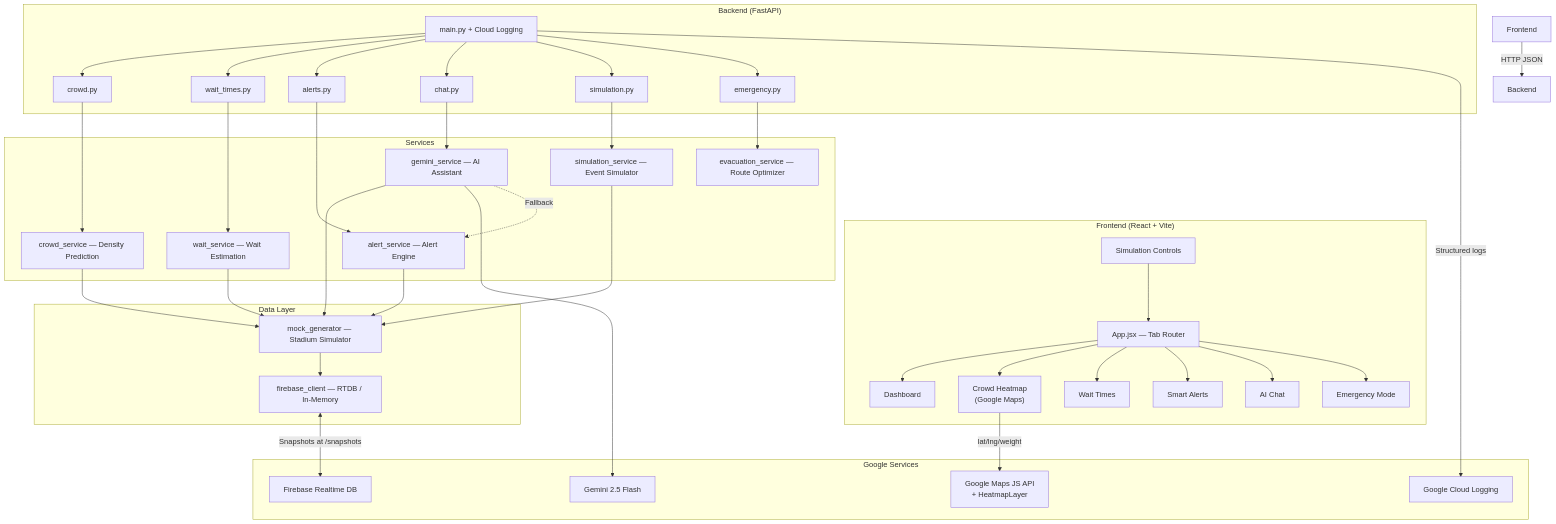
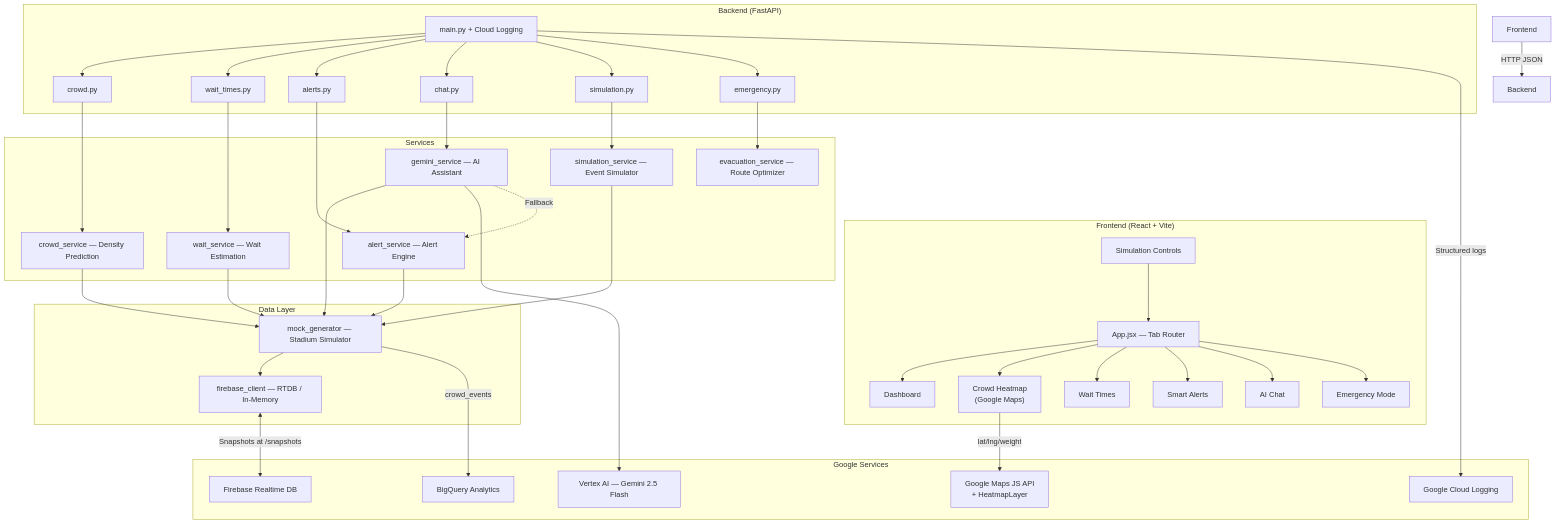
One commit to dpkpaswan/flowmind-ai changed the first of 3 diagrams in README.md. Above: the diagram before and after it, drawn with Mermaid. The commit also changed other lines of this file and 34 other files, not shown here.

````diff
--- a/README.md
+++ b/README.md
@@ -38,76 +38,78 @@
 ```mermaid
 graph TB
     subgraph "Frontend (React + Vite)"
         UI["App.jsx — Tab Router"]
         D["Dashboard"]
         H["Crowd Heatmap\n(Google Maps)"]
         W["Wait Times"]
         A["Smart Alerts"]
         C["AI Chat"]
         E["Emergency Mode"]
         S["Simulation Controls"]
         UI --> D
         UI --> H
         UI --> W
         UI --> A
         UI --> C
         UI --> E
         S --> UI
     end
 
     subgraph "Backend (FastAPI)"
         API["main.py + Cloud Logging"]
         R1["crowd.py"]
         R2["wait_times.py"]
         R3["alerts.py"]
         R4["chat.py"]
         R5["simulation.py"]
         R6["emergency.py"]
         API --> R1
         API --> R2
         API --> R3
         API --> R4
         API --> R5
         API --> R6
     end
 
     subgraph "Services"
         CS["crowd_service — Density Prediction"]
         WS["wait_service — Wait Estimation"]
         AS["alert_service — Alert Engine"]
         GS["gemini_service — AI Assistant"]
         SS["simulation_service — Event Simulator"]
         ES["evacuation_service — Route Optimizer"]
     end
 
     subgraph "Data Layer"
         MG["mock_generator — Stadium Simulator"]
         FB["firebase_client — RTDB / In-Memory"]
     end
 
     subgraph "Google Services"
-        GM["Gemini 2.5 Flash"]
+        GM["Vertex AI — Gemini 2.5 Flash"]
         MAPS["Google Maps JS API\n+ HeatmapLayer"]
         RTDB["Firebase Realtime DB"]
         LOG["Google Cloud Logging"]
+        BQ["BigQuery Analytics"]
     end
 
     Frontend -->|"HTTP JSON"| Backend
     API -->|"Structured logs"| LOG
     R1 --> CS
     R2 --> WS
     R3 --> AS
     R4 --> GS
     R5 --> SS
     R6 --> ES
     CS --> MG
     WS --> MG
     AS --> MG
     GS --> MG
     MG --> FB
+    MG -->|"crowd_events"| BQ
     FB <-->|"Snapshots at /snapshots"| RTDB
     GS --> GM
     GS -.->|"Fallback"| AS
     SS --> MG
     H -->|"lat/lng/weight"| MAPS
 ```
````
